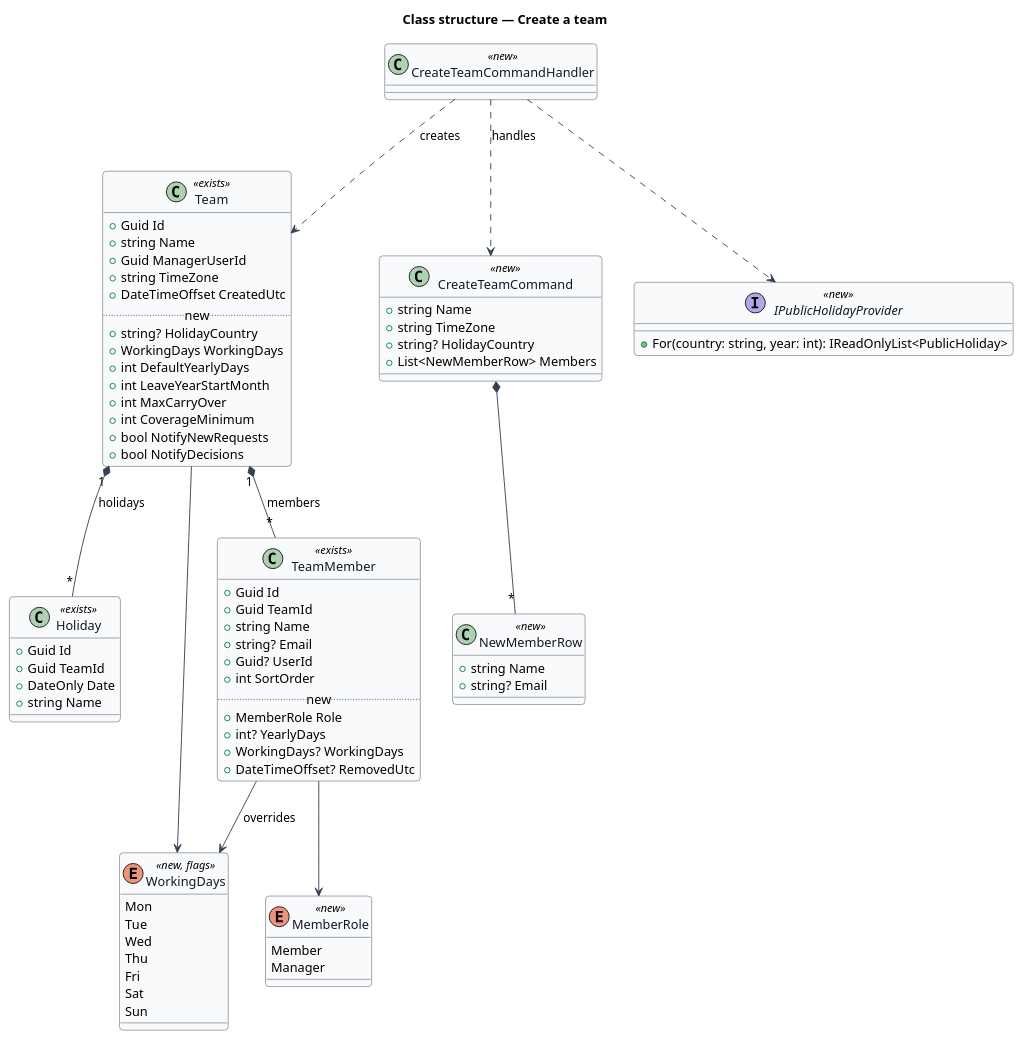
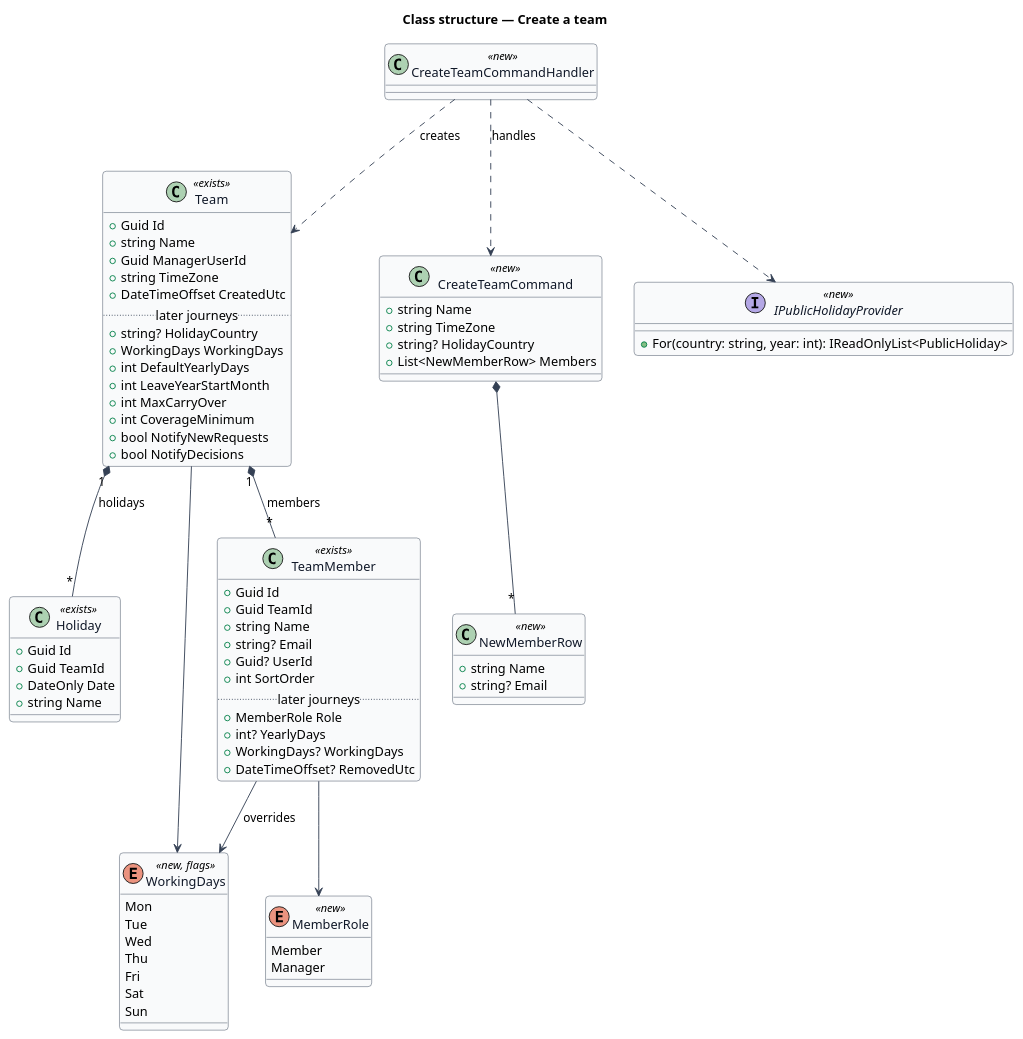
One commit to QuinntyneBrown/greenlit changed the diagram in docs/detailed-designs/teams/create-team/diagrams/class-structure.puml. Above: the diagram before and after it, drawn with PlantUML. The commit also changed 14 other files, not shown here.

```diff
--- a/docs/detailed-designs/teams/create-team/diagrams/class-structure.puml
+++ b/docs/detailed-designs/teams/create-team/diagrams/class-structure.puml
@@ -1,86 +1,86 @@
 @startuml
 skinparam backgroundColor #FFFFFF
 skinparam shadowing false
 skinparam roundcorner 8
 skinparam defaultFontName Arial
 skinparam ArrowColor #344054
 skinparam class {
   BorderColor #344054
   FontColor #101828
   BackgroundColor #F9FAFB
 }
 title Class structure — Create a team
 
 class Team <<exists>> {
   +Guid Id
   +string Name
   +Guid ManagerUserId
   +string TimeZone
   +DateTimeOffset CreatedUtc
-  .. new ..
+  .. later journeys ..
   +string? HolidayCountry
   +WorkingDays WorkingDays
   +int DefaultYearlyDays
   +int LeaveYearStartMonth
   +int MaxCarryOver
   +int CoverageMinimum
   +bool NotifyNewRequests
   +bool NotifyDecisions
 }
 class TeamMember <<exists>> {
   +Guid Id
   +Guid TeamId
   +string Name
   +string? Email
   +Guid? UserId
   +int SortOrder
-  .. new ..
+  .. later journeys ..
   +MemberRole Role
   +int? YearlyDays
   +WorkingDays? WorkingDays
   +DateTimeOffset? RemovedUtc
 }
 class Holiday <<exists>> {
   +Guid Id
   +Guid TeamId
   +DateOnly Date
   +string Name
 }
 enum WorkingDays <<new, flags>> {
   Mon
   Tue
   Wed
   Thu
   Fri
   Sat
   Sun
 }
 enum MemberRole <<new>> {
   Member
   Manager
 }
 Team "1" *-- "*" TeamMember : members
 Team "1" *-- "*" Holiday : holidays
 Team --> WorkingDays
 TeamMember --> MemberRole
 TeamMember --> WorkingDays : overrides
 
 class CreateTeamCommand <<new>> {
   +string Name
   +string TimeZone
   +string? HolidayCountry
   +List<NewMemberRow> Members
 }
 class NewMemberRow <<new>> {
   +string Name
   +string? Email
 }
 class CreateTeamCommandHandler <<new>>
 interface IPublicHolidayProvider <<new>> {
   +For(country: string, year: int): IReadOnlyList<PublicHoliday>
 }
 CreateTeamCommand *-- "*" NewMemberRow
 CreateTeamCommandHandler ..> CreateTeamCommand : handles
 CreateTeamCommandHandler ..> Team : creates
 CreateTeamCommandHandler ..> IPublicHolidayProvider
 @enduml
```
